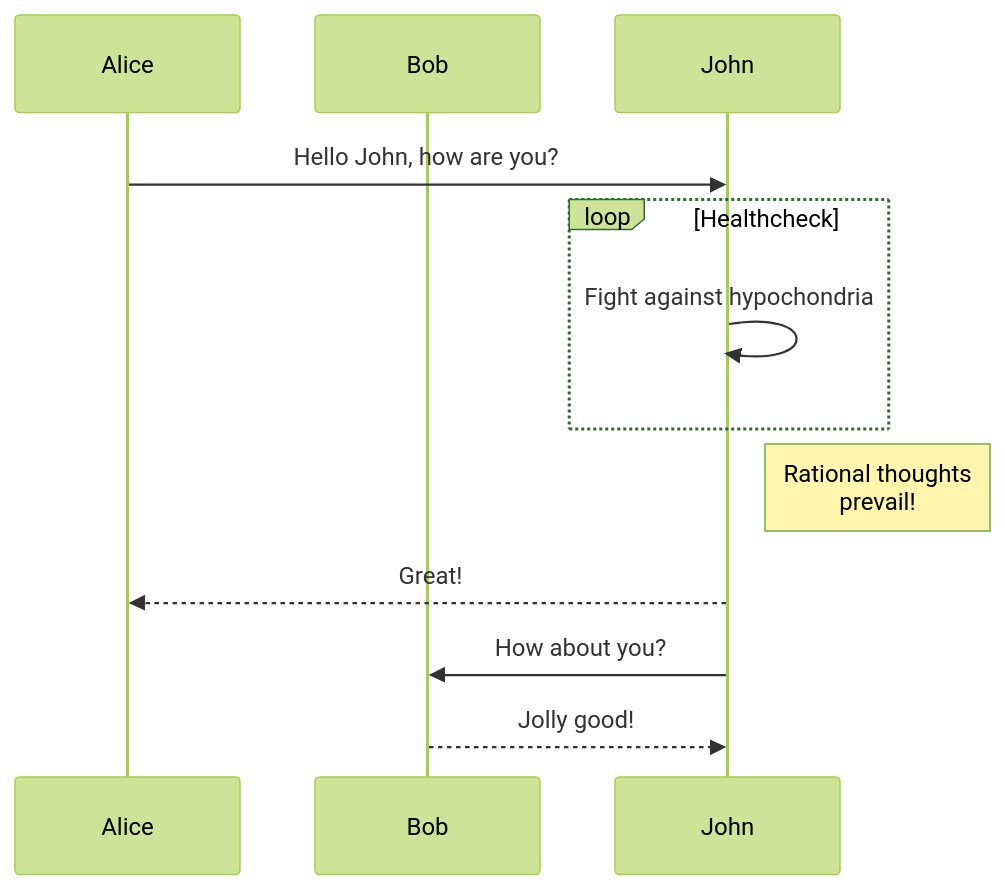
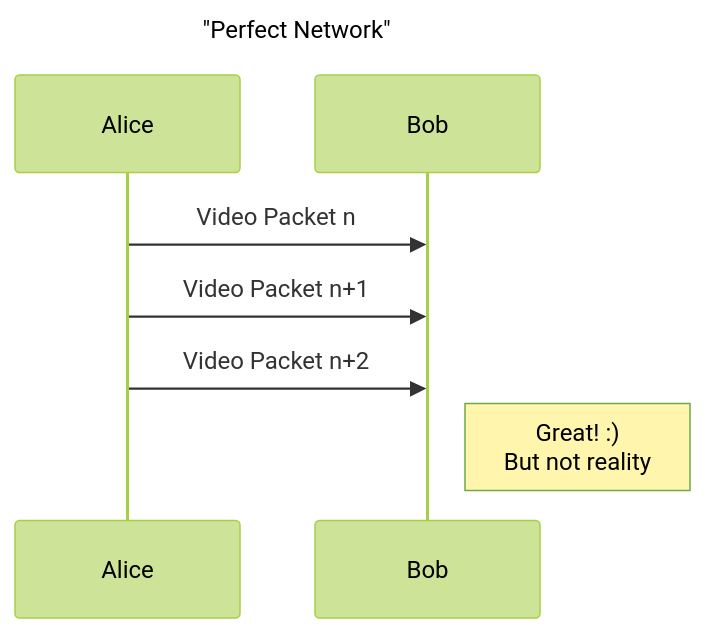
Before and after one commit to pion/website: the first of 3 diagrams in content/en/blog/fec-with-pion.md, drawn with Mermaid (forest theme). The commit also changed other lines of this file, not shown here.

````diff
--- a/content/en/blog/fec-with-pion.md
+++ b/content/en/blog/fec-with-pion.md
@@ -8,13 +16,10 @@
 ```mermaid
 sequenceDiagram
+    title "Perfect Network"
     participant Alice
     participant Bob
-    Alice->>John: Hello John, how are you?
-    loop Healthcheck
-        John->>John: Fight against hypochondria
-    end
-    Note right of John: Rational thoughts <br/>prevail!
-    John-->>Alice: Great!
-    John->>Bob: How about you?
-    Bob-->>John: Jolly good!
+    Alice->>Bob: Video Packet n
+    Alice->>Bob: Video Packet n+1
+    Alice->>Bob: Video Packet n+2
+    Note right of Bob: Great! :)<br/>But not reality
 ```
````
